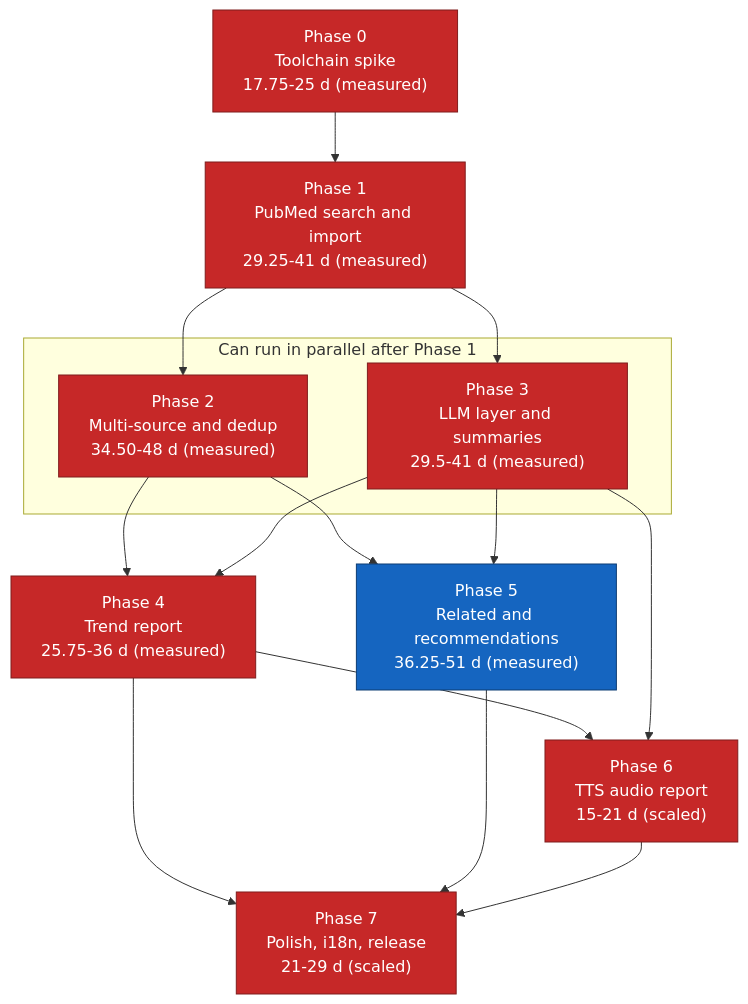
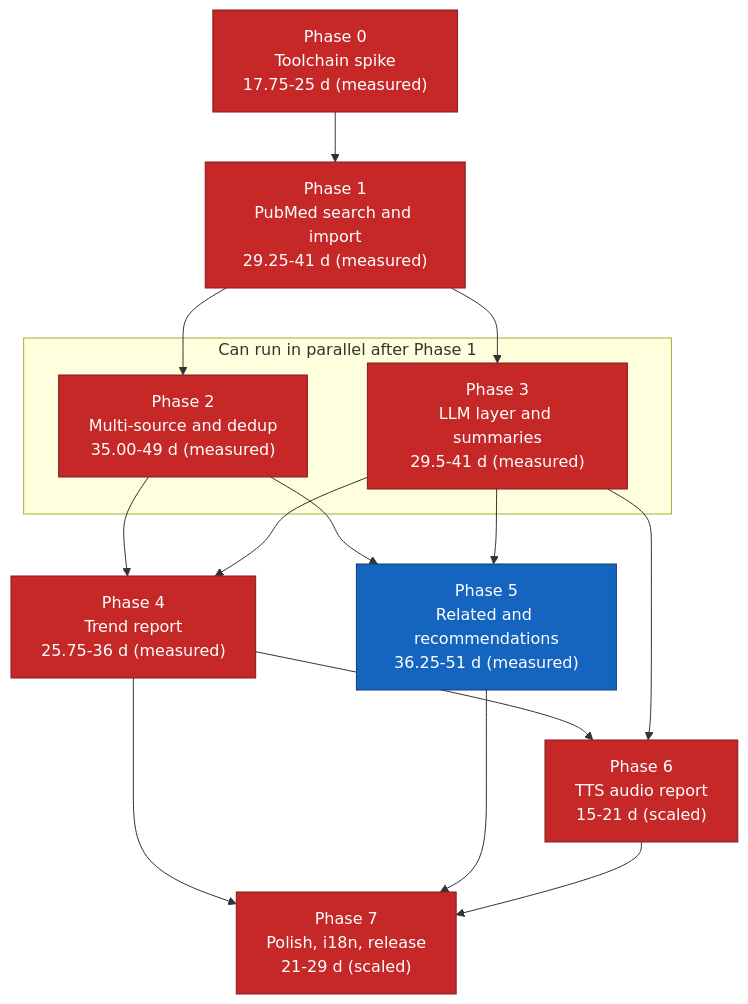
The diagram in docs/11-implementation-roadmap.md (suppakoko/research_helper), drawn with Mermaid before and after one commit. The commit also changed other lines of this file and 17 other files, not shown here.

````diff
--- a/docs/11-implementation-roadmap.md
+++ b/docs/11-implementation-roadmap.md
@@ -326,34 +326,34 @@
 ```mermaid
 graph TD
     P0["Phase 0<br/>Toolchain spike<br/>17.75-25 d (measured)"]
     P1["Phase 1<br/>PubMed search and import<br/>29.25-41 d (measured)"]
-    P2["Phase 2<br/>Multi-source and dedup<br/>34.50-48 d (measured)"]
+    P2["Phase 2<br/>Multi-source and dedup<br/>35.00-49 d (measured)"]
     P3["Phase 3<br/>LLM layer and summaries<br/>29.5-41 d (measured)"]
     P4["Phase 4<br/>Trend report<br/>25.75-36 d (measured)"]
     P5["Phase 5<br/>Related and recommendations<br/>36.25-51 d (measured)"]
     P6["Phase 6<br/>TTS audio report<br/>15-21 d (scaled)"]
     P7["Phase 7<br/>Polish, i18n, release<br/>21-29 d (scaled)"]
 
     P0 --> P1
     P1 --> P2
     P1 --> P3
     P2 --> P4
     P3 --> P4
     P2 --> P5
     P3 --> P5
     P4 --> P6
     P3 --> P6
     P4 --> P7
     P5 --> P7
     P6 --> P7
 
     subgraph parallel["Can run in parallel after Phase 1"]
         P2
         P3
     end
 
     classDef critical fill:#c62828,stroke:#7f1d1d,color:#ffffff
     classDef normal fill:#1565c0,stroke:#0d3c73,color:#ffffff
     class P0,P1,P2,P3,P4,P6,P7 critical
     class P5 normal
 ```
````
